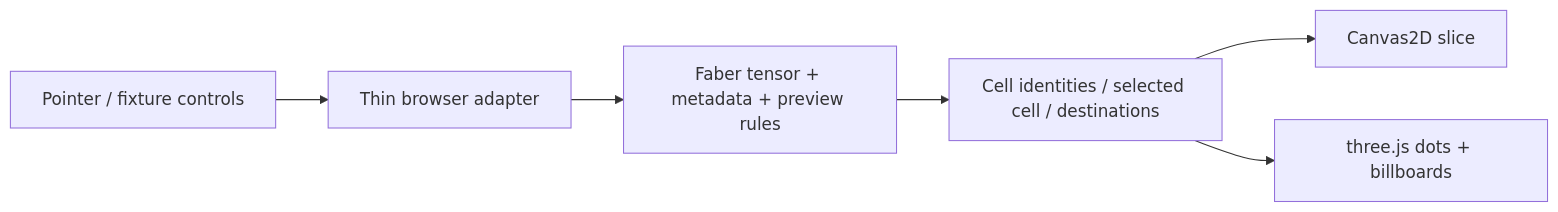
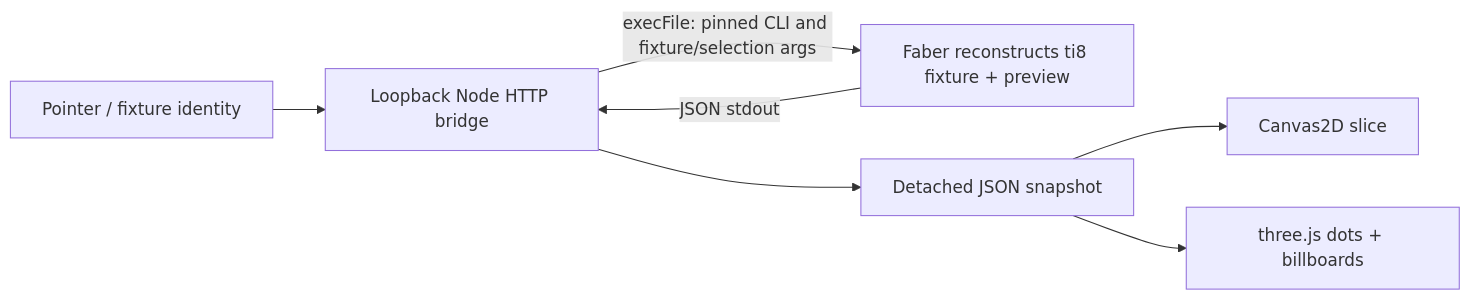
Before and after one commit to aidenzepp/zchess-c: the diagram in docs/plans/zchess-rebuild.md, drawn with Mermaid. The commit also changed other lines of this file and 1 other file, not shown here.

Commit message:
docs: lower viewer through proven local Faber bridge

````diff
--- a/docs/plans/zchess-rebuild.md
+++ b/docs/plans/zchess-rebuild.md
@@ -61,8 +62,9 @@
 ```mermaid
 flowchart LR
-  Input[Pointer / fixture controls] --> Adapter[Thin browser adapter]
-  Adapter --> Faber[Faber tensor + metadata + preview rules]
-  Faber --> Snapshot[Cell identities / selected cell / destinations]
+  Input[Pointer / fixture identity] --> Host[Loopback Node HTTP bridge]
+  Host -->|execFile: pinned CLI and fixture/selection args| Faber[Faber reconstructs ti8 fixture + preview]
+  Faber -->|JSON stdout| Host
+  Host --> Snapshot[Detached JSON snapshot]
   Snapshot --> Flat[Canvas2D slice]
   Snapshot --> Space[three.js dots + billboards]
 ```
````
